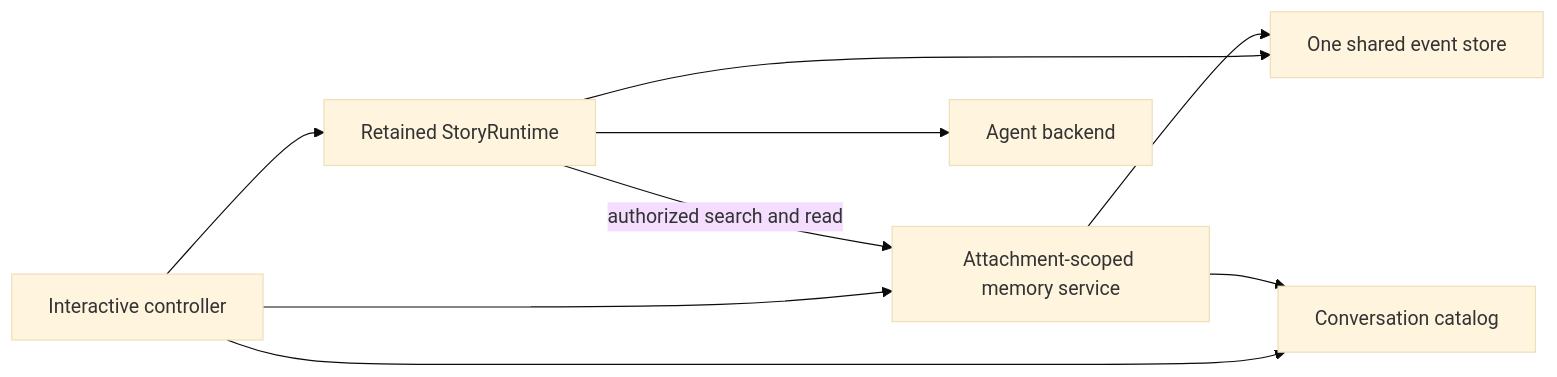
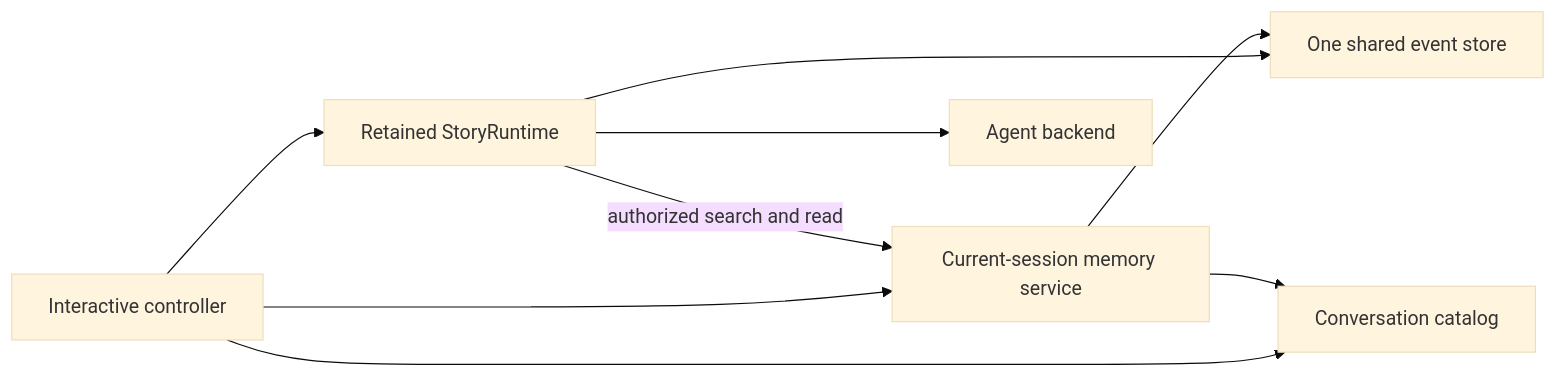
One commit to Kims-DeveloperGroup/story-writing-agents changed the diagram in docs/design/overview.md. Above: the diagram before and after it, drawn with Mermaid (base theme). The commit also changed other lines of this file and 70 other files, not shown here.

````diff
--- a/docs/design/overview.md
+++ b/docs/design/overview.md
@@ -59,13 +59,13 @@
 ```mermaid
 flowchart LR
     accTitle: Interactive conversation ownership
-    accDescr: The controller passes its attached-session memory service to the runtime, which alone authorizes provider-requested reads.
+    accDescr: The controller passes its current-session memory service to the runtime, which alone authorizes provider-requested reads.
     C[Interactive controller] --> R[Retained StoryRuntime]
-    C --> M[Attachment-scoped memory service]
+    C --> M[Current-session memory service]
     C --> K[Conversation catalog]
     R -->|authorized search and read| M
     R --> B[Agent backend]
     R --> E[One shared event store]
     M --> E
     M --> K
 ```
````
